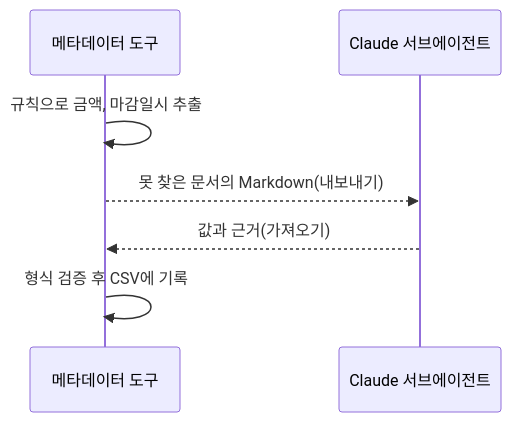
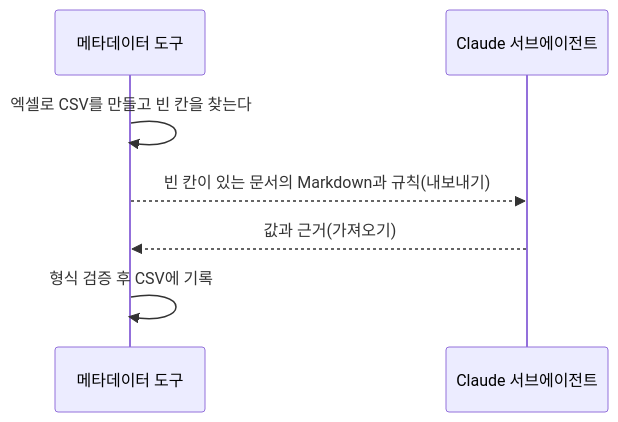
The second of 2 diagrams in docs/10_메타데이터.md (adover134/hierarchical-md-rag), drawn with Mermaid before and after one commit. The commit also changed other lines of this file and 4 other files, not shown here.

````diff
--- a/docs/10_메타데이터.md
+++ b/docs/10_메타데이터.md
@@ -78,9 +90,9 @@
 ```mermaid
 sequenceDiagram
     participant T as 메타데이터 도구
     participant A as Claude 서브에이전트
-    T->>T: 규칙으로 금액, 마감일시 추출
-    T-->>A: 못 찾은 문서의 Markdown(내보내기)
+    T->>T: 엑셀로 CSV를 만들고 빈 칸을 찾는다
+    T-->>A: 빈 칸이 있는 문서의 Markdown과 규칙(내보내기)
     A-->>T: 값과 근거(가져오기)
     T->>T: 형식 검증 후 CSV에 기록
 ```
````
